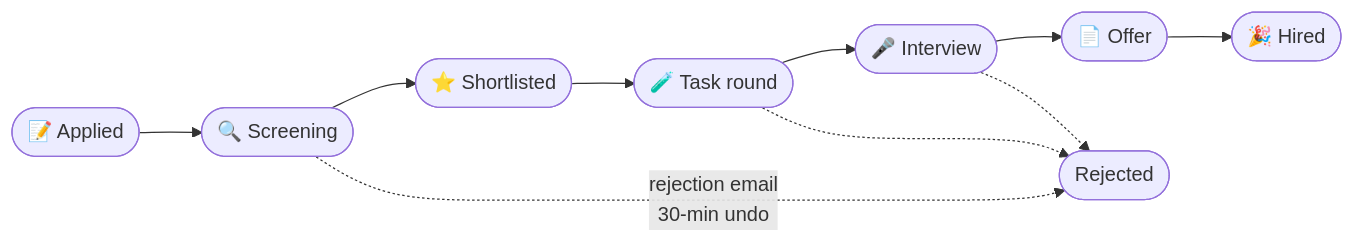
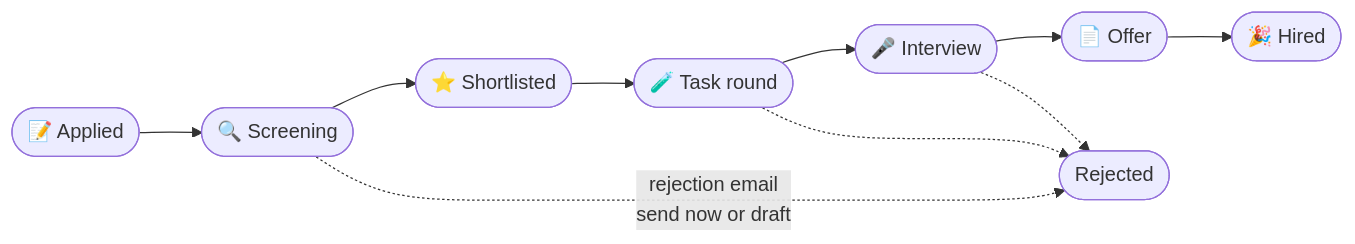
One commit to finquojunior/gethired changed the diagram in README.md. Above: the diagram before and after it, drawn with Mermaid. The commit also changed other lines of this file, not shown here.

````diff
--- a/README.md
+++ b/README.md
@@ -24,12 +24,12 @@
 ```mermaid
 flowchart LR
     A([📝 Applied]) --> B([🔍 Screening])
     B --> C([⭐ Shortlisted])
     C --> D([🧪 Task round])
     D --> E([🎤 Interview])
     E --> F([📄 Offer])
     F --> G([🎉 Hired])
-    B -. rejection email<br/>30-min undo .-> X([Rejected])
+    B -. rejection email<br/>send now or draft .-> X([Rejected])
     D -.-> X
     E -.-> X
 ```
````
